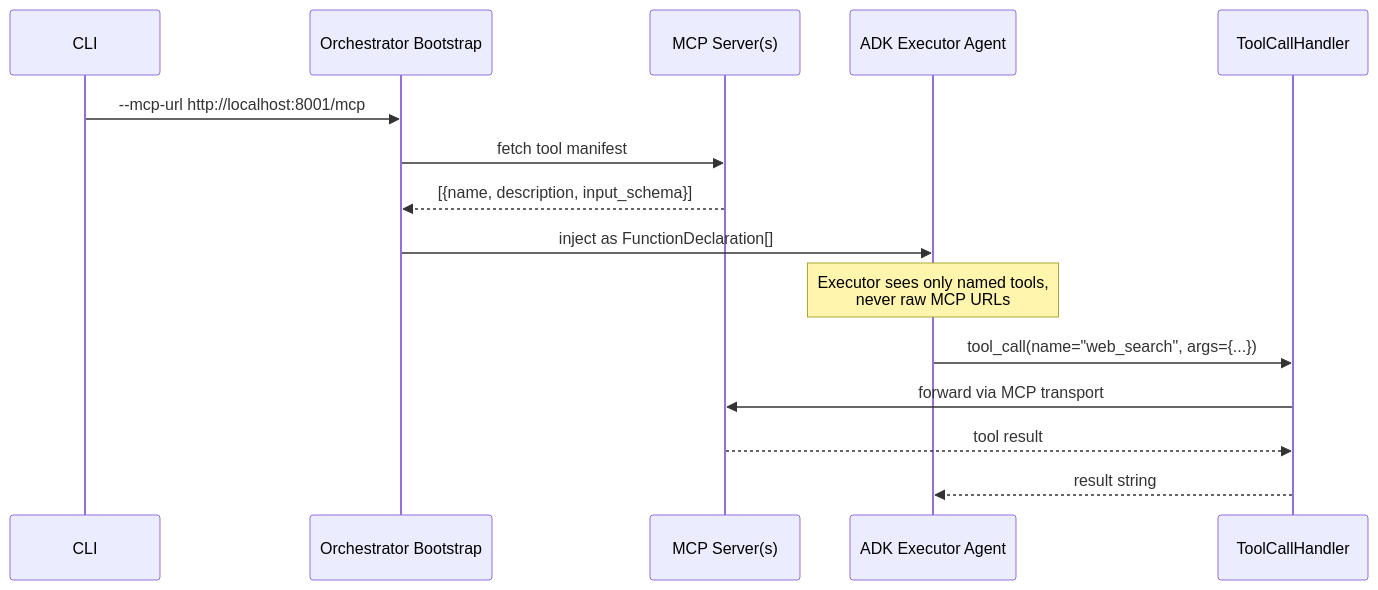
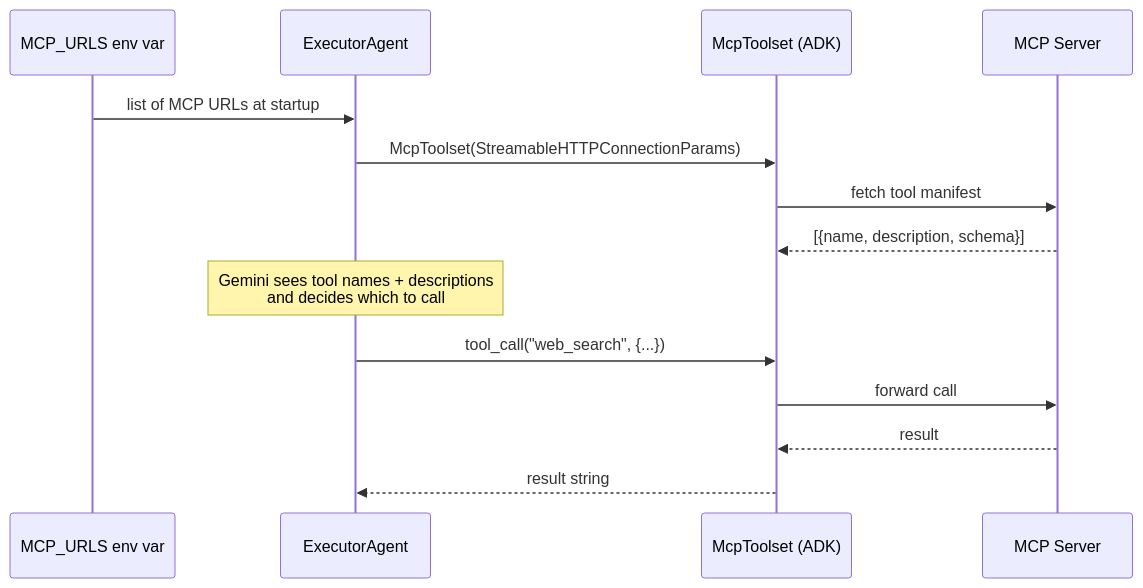
Before and after one commit to FabioDiCeglie/Multi-Agent-Orchestrator: the fourth of 8 diagrams in Plan.md, drawn with Mermaid. The commit also changed other lines of this file, not shown here.

Commit message:
Refactor architecture plan to enhance clarity and update agent descriptions. Modify orchestration loop to utilize ADK for iteration management and streamline API interactions. Update YAML configuration schema and improve diagram representations.

````diff
--- a/Plan.md
+++ b/Plan.md
@@ -93,19 +91,18 @@
 ```mermaid
 sequenceDiagram
-    participant CLI
-    participant Orch as Orchestrator Bootstrap
-    participant MCP as MCP Server(s)
-    participant ADK as ADK Executor Agent
-    participant Handler as ToolCallHandler
+    participant Env as MCP_URLS env var
+    participant Exec as ExecutorAgent
+    participant ADK as McpToolset (ADK)
+    participant MCP as MCP Server
 
-    CLI->>Orch: --mcp-url http://localhost:8001/mcp
-    Orch->>MCP: fetch tool manifest
-    MCP-->>Orch: [{name, description, input_schema}]
-    Orch->>ADK: inject as FunctionDeclaration[]
-    Note over ADK: Executor sees only named tools,<br/>never raw MCP URLs
+    Env->>Exec: list of MCP URLs at startup
+    Exec->>ADK: McpToolset(StreamableHTTPConnectionParams)
+    ADK->>MCP: fetch tool manifest
+    MCP-->>ADK: [{name, description, schema}]
+    Note over Exec: Gemini sees tool names + descriptions<br/>and decides which to call
 
-    ADK->>Handler: tool_call(name="web_search", args={...})
-    Handler->>MCP: forward via MCP transport
-    MCP-->>Handler: tool result
-    Handler-->>ADK: result string
+    Exec->>ADK: tool_call("web_search", {...})
+    ADK->>MCP: forward call
+    MCP-->>ADK: result
+    ADK-->>Exec: result string
 ```
````
